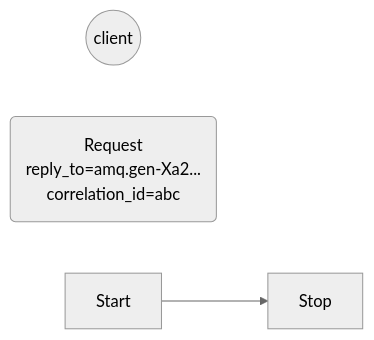
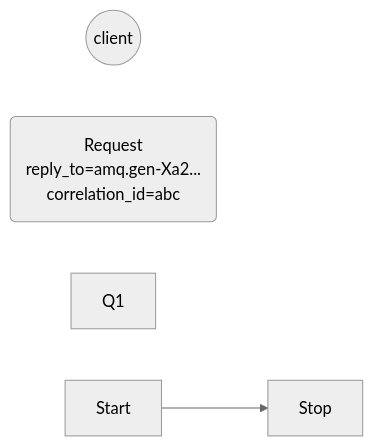
One commit to googlelxhgithub/iodraw-files changed the diagram in all/未命名-7.md. Above: the diagram before and after it, drawn with Mermaid (neutral theme).

Commit message:
2024-08-30 19:04:41 update

````diff
--- a/all/未命名-7.md
+++ b/all/未命名-7.md
@@ -1,8 +1,8 @@
 ```mermaid
 flowchart LR
     C((client))
     R(Request\nreply_to=amq.gen-Xa2...\ncorrelation_id=abc)
-    
+    Q1
     Start --> Stop
   
 ```
````
